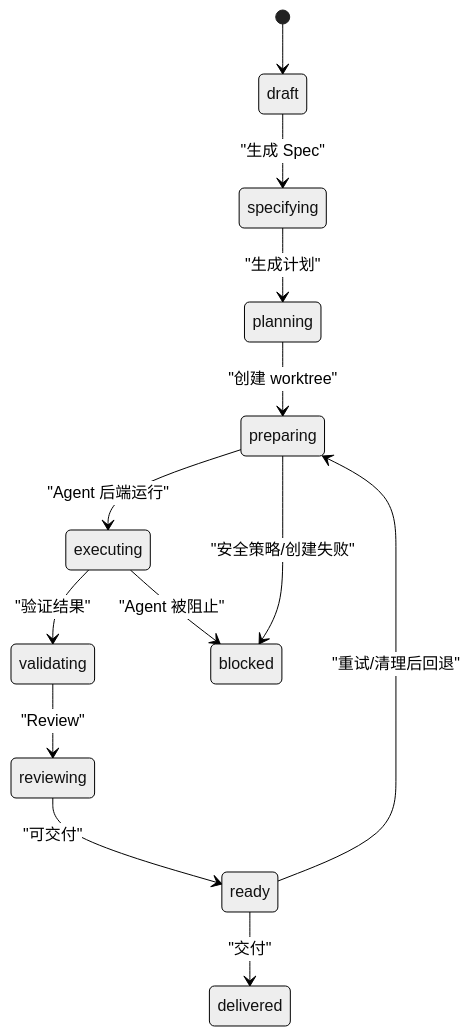
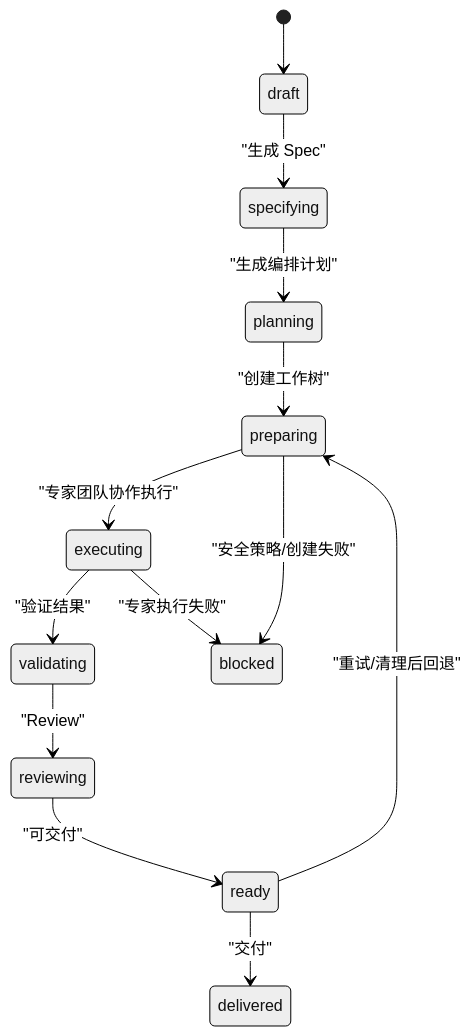
Before and after one commit to coconilu/RepoHelm: the third of 8 diagrams in .qoder/repowiki/zh/content/核心服务模块/任务编排流程.md, drawn with Mermaid (neutral theme). The commit also changed other lines of this file and 14 other files, not shown here.

````diff
--- a/.qoder/repowiki/zh/content/核心服务模块/任务编排流程.md
+++ b/.qoder/repowiki/zh/content/核心服务模块/任务编排流程.md
@@ -154,15 +188,15 @@
 ```mermaid
 stateDiagram-v2
 [*] --> draft
 draft --> specifying : "生成 Spec"
-specifying --> planning : "生成计划"
-planning --> preparing : "创建 worktree"
-preparing --> executing : "Agent 后端运行"
+specifying --> planning : "生成编排计划"
+planning --> preparing : "创建工作树"
+preparing --> executing : "专家团队协作执行"
 executing --> validating : "验证结果"
 validating --> reviewing : "Review"
 reviewing --> ready : "可交付"
 ready --> delivered : "交付"
 preparing --> blocked : "安全策略/创建失败"
-executing --> blocked : "Agent 被阻止"
+executing --> blocked : "专家执行失败"
 ready --> preparing : "重试/清理后回退"
 ```
````
